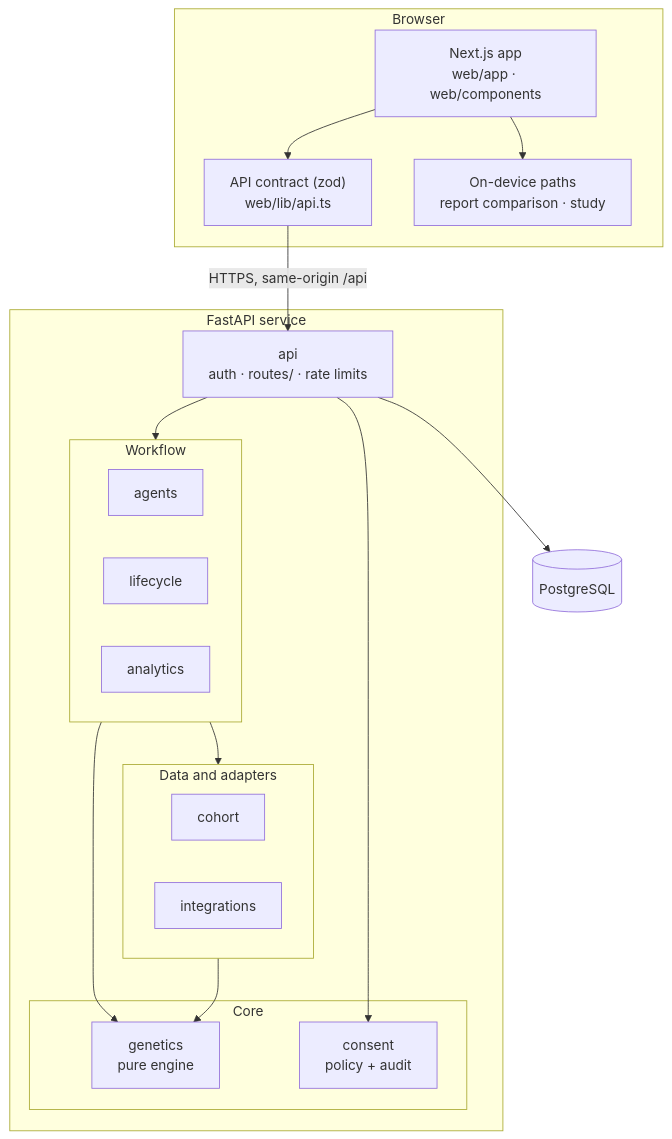
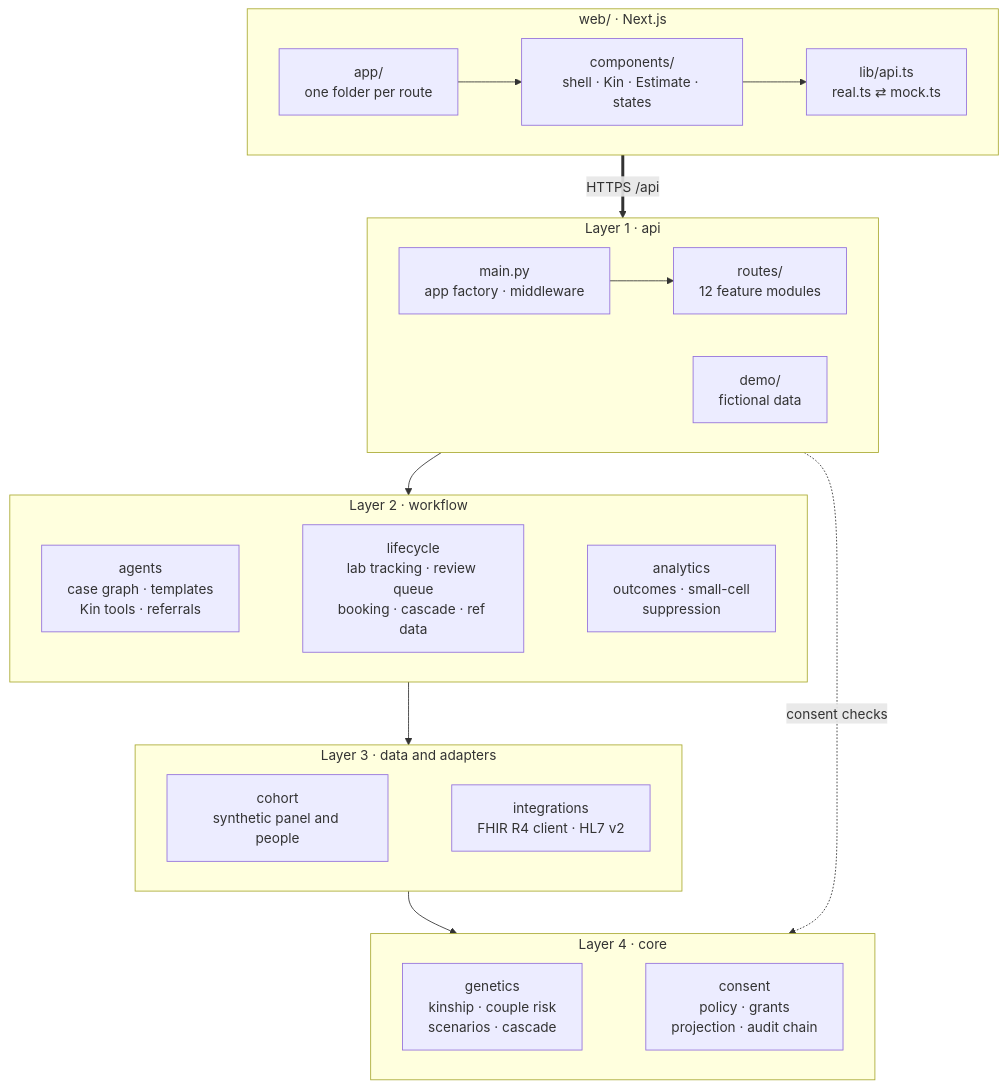
Before and after one commit to loktrishal-05/kinsight: the second of 6 diagrams in README.md, drawn with Mermaid. The commit also changed other lines of this file, not shown here.

````diff
--- a/README.md
+++ b/README.md
@@ -114,33 +137,29 @@
 ```mermaid
 flowchart TB
-    subgraph Client["Browser"]
-        UI["Next.js app<br/>web/app · web/components"]
-        Contract["API contract (zod)<br/>web/lib/api.ts"]
-        Local["On-device paths<br/>report comparison · study"]
-        UI --> Contract
-        UI --> Local
+    subgraph WEB["web/ · Next.js"]
+        direction LR
+        PAGES["app/<br/>one folder per route"] --> COMP["components/<br/>shell · Kin · Estimate · states"] --> LIB["lib/api.ts<br/>real.ts ⇄ mock.ts"]
     end
-    Contract -->|"HTTPS, same-origin /api"| Routes
-    subgraph Server["FastAPI service"]
-        Routes["api<br/>auth · routes/ · rate limits"]
-        subgraph Workflow["Workflow"]
-            Agents["agents"]
-            Lifecycle["lifecycle"]
-            Analytics["analytics"]
-        end
-        subgraph Data["Data and adapters"]
-            Cohort["cohort"]
-            Integrations["integrations"]
-        end
-        subgraph Core["Core"]
-            Genetics["genetics<br/>pure engine"]
-            Consent["consent<br/>policy + audit"]
-        end
-        Routes --> Workflow
-        Routes --> Consent
-        Workflow --> Data
-        Workflow --> Genetics
-        Data --> Genetics
+    subgraph L1["Layer 1 · api"]
+        direction LR
+        MAIN["main.py<br/>app factory · middleware"] --> RT["routes/<br/>12 feature modules"]
+        DEMO["demo/<br/>fictional data"]
     end
-    Routes --> DB[("PostgreSQL")]
+    subgraph L2["Layer 2 · workflow"]
+        direction LR
+        AG["agents<br/>case graph · templates<br/>Kin tools · referrals"] ~~~ LC["lifecycle<br/>lab tracking · review queue<br/>booking · cascade · ref data"] ~~~ AN["analytics<br/>outcomes · small-cell<br/>suppression"]
+    end
+    subgraph L3["Layer 3 · data and adapters"]
+        direction LR
+        CO["cohort<br/>synthetic panel and people"] ~~~ IN["integrations<br/>FHIR R4 client · HL7 v2"]
+    end
+    subgraph L4["Layer 4 · core"]
+        direction LR
+        GE["genetics<br/>kinship · couple risk<br/>scenarios · cascade"] ~~~ CN["consent<br/>policy · grants<br/>projection · audit chain"]
+    end
+    WEB ==>|"HTTPS /api"| L1
+    L1 --> L2
+    L2 --> L3
+    L3 --> L4
+    L1 -.->|"consent checks"| L4
 ```
````
